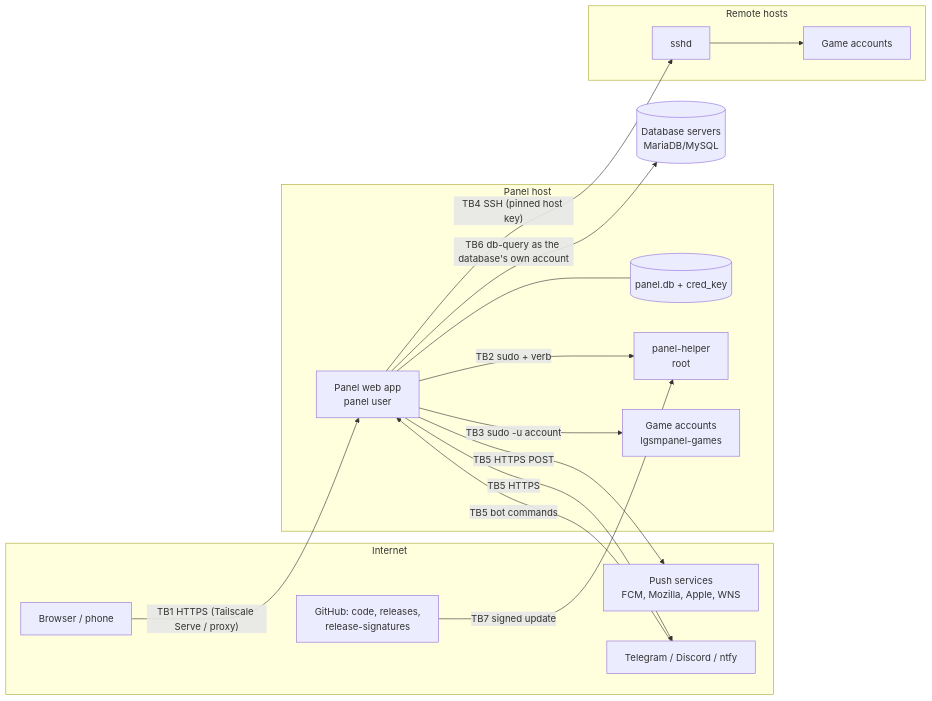
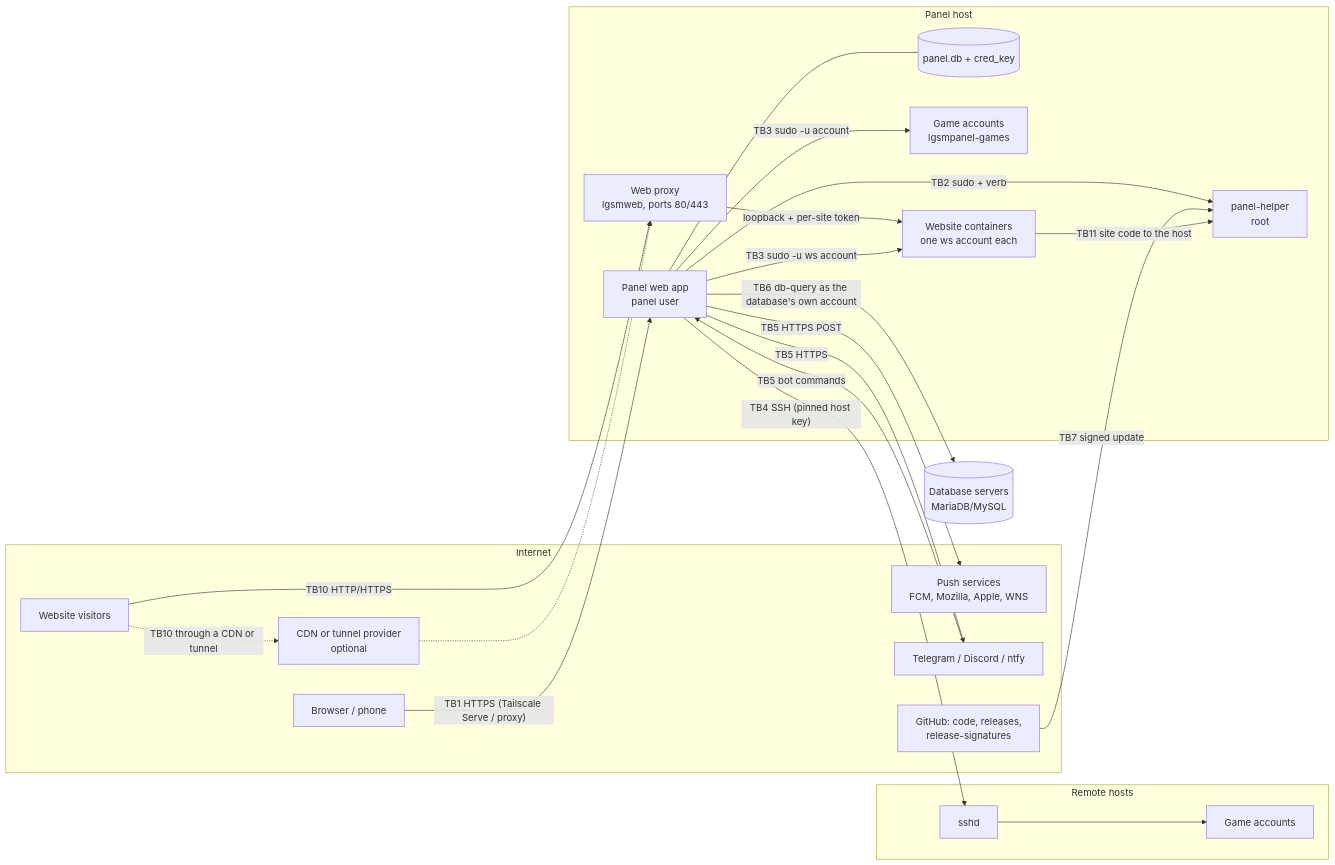
The diagram in docs/THREAT-MODEL.md (FMSMITH91/linuxgsm-panel), drawn with Mermaid before and after one commit. The commit also changed other lines of this file and 168 other files, not shown here.

````diff
--- a/docs/THREAT-MODEL.md
+++ b/docs/THREAT-MODEL.md
@@ -26,31 +26,41 @@
 ```mermaid
 flowchart LR
   subgraph Internet
     B[Browser / phone]
     PS[Push services<br/>FCM, Mozilla, Apple, WNS]
     CH[Telegram / Discord / ntfy]
     GH[GitHub: code, releases,<br/>release-signatures]
+    V[Website visitors]
+    CF[CDN or tunnel provider<br/>optional]
   end
   subgraph PanelHost[Panel host]
     P[Panel web app<br/>panel user]
     DB[(panel.db + cred_key)]
     H[panel-helper<br/>root]
     GA[Game accounts<br/>lgsmpanel-games]
+    WP[Web proxy<br/>lgsmweb, ports 80/443]
+    WS[Website containers<br/>one ws account each]
   end
   subgraph Remote[Remote hosts]
     RS[sshd]
     RG[Game accounts]
   end
   DBS[(Database servers<br/>MariaDB/MySQL)]
   B -- "TB1 HTTPS (Tailscale Serve / proxy)" --> P
   P -- "TB2 sudo + verb" --> H
   P -- "TB3 sudo -u account" --> GA
   P -- "TB4 SSH (pinned host key)" --> RS
   RS --> RG
   P -- "TB5 HTTPS POST" --> PS
   P -- "TB5 HTTPS" --> CH
   CH -- "TB5 bot commands" --> P
   P -- "TB6 db-query as the database's own account" --> DBS
   GH -- "TB7 signed update" --> H
+  V -- "TB10 HTTP/HTTPS" --> WP
+  V -. "TB10 through a CDN or tunnel" .-> CF
+  CF -.-> WP
+  WP -- "loopback + per-site token" --> WS
+  WS -- "TB11 site code to the host" --> H
+  P -- "TB3 sudo -u ws account" --> WS
   P --- DB
 ```
````
